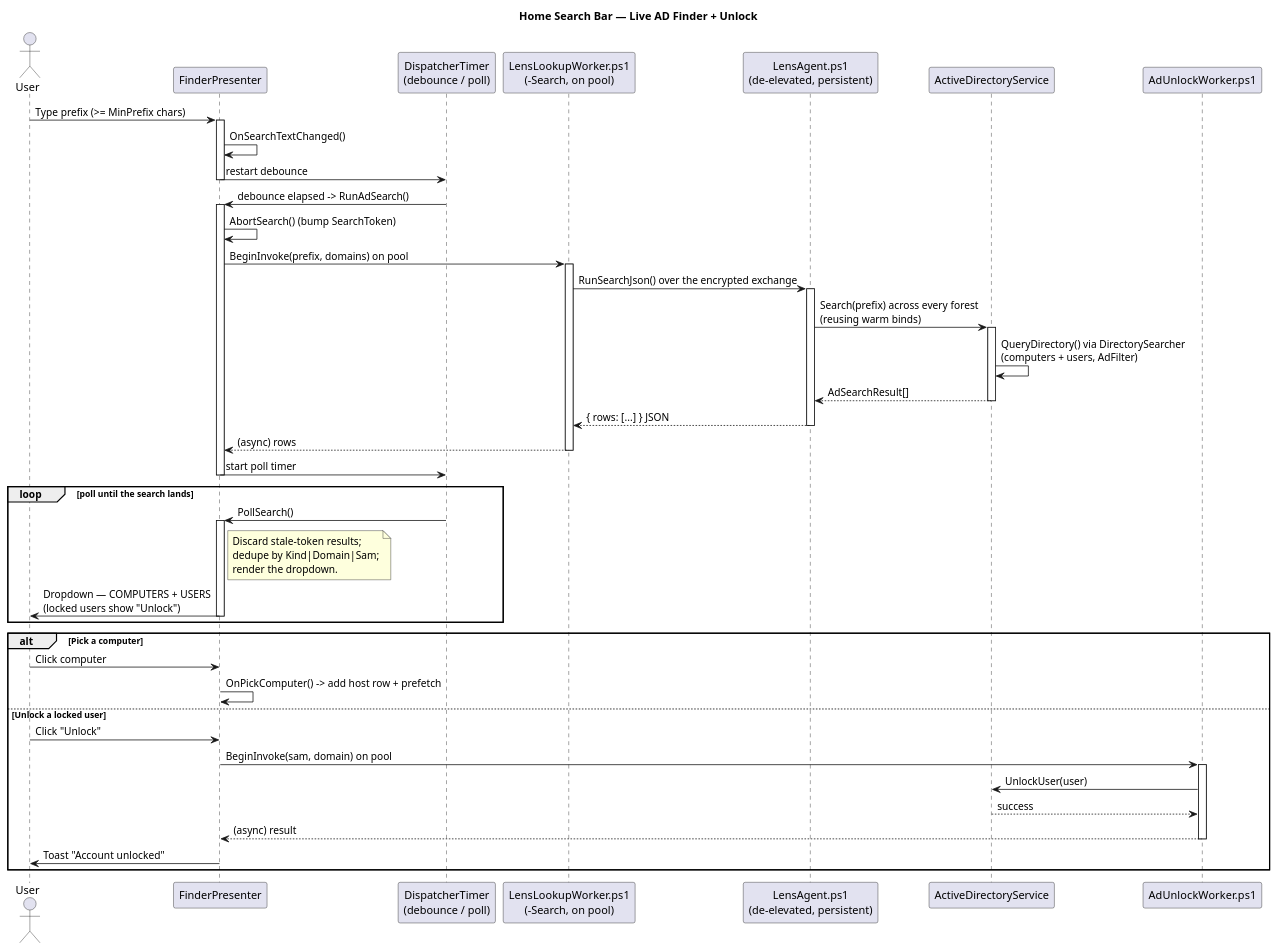
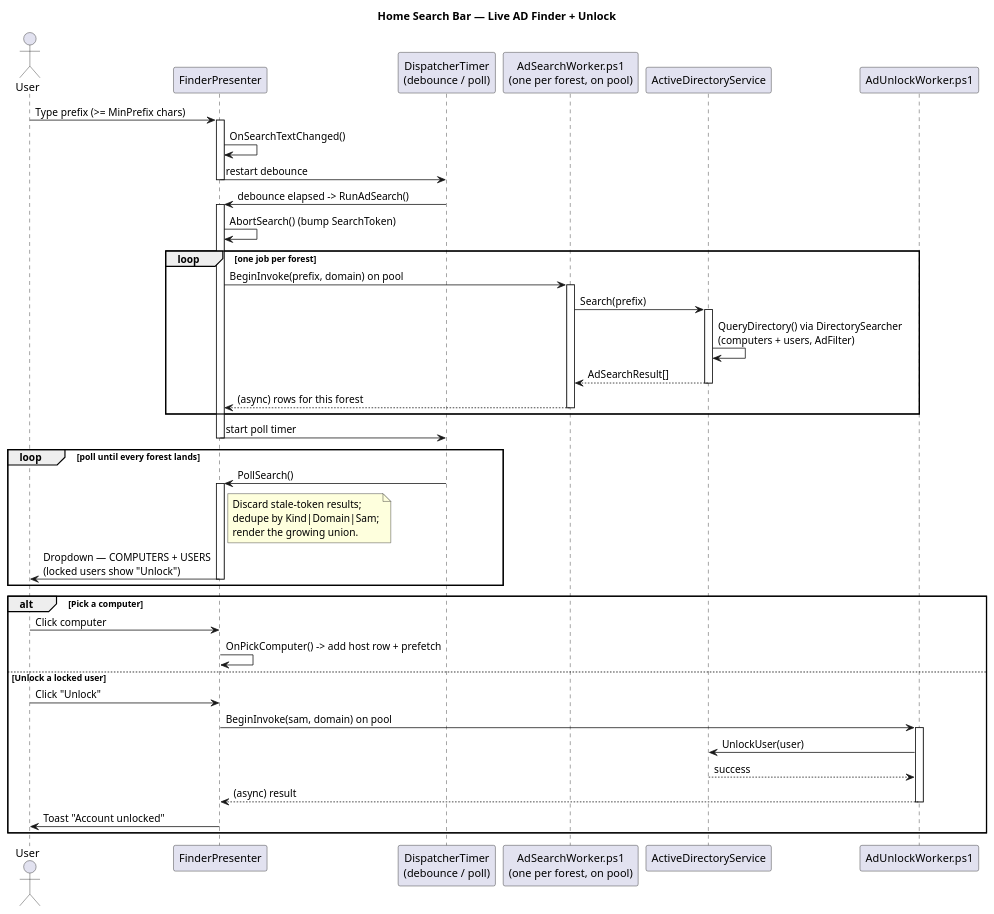
One commit to Danial-Changez/DONUT changed the diagram in docs/diagrams/ad_finder_sequence_diagram.puml. Above: the diagram before and after it, drawn with PlantUML. The commit also changed 13 other files, not shown here.

```diff
--- a/docs/diagrams/ad_finder_sequence_diagram.puml
+++ b/docs/diagrams/ad_finder_sequence_diagram.puml
@@ -1,58 +1,55 @@
 @startuml ad_finder_sequence_diagram
 title Home Search Bar — Live AD Finder + Unlock
 
 actor User
 participant "FinderPresenter" as Presenter
 participant "DispatcherTimer\n(debounce / poll)" as Timer
-participant "LensLookupWorker.ps1\n(-Search, on pool)" as Worker
-participant "LensAgent.ps1\n(de-elevated, persistent)" as Agent
+participant "AdSearchWorker.ps1\n(one per forest, on pool)" as Worker
 participant "ActiveDirectoryService" as AD
 participant "AdUnlockWorker.ps1" as Unlock
 
 User -> Presenter: Type prefix (>= MinPrefix chars)
 activate Presenter
 Presenter -> Presenter: OnSearchTextChanged()
 Presenter -> Timer: restart debounce
 deactivate Presenter
 
 Timer -> Presenter: debounce elapsed -> RunAdSearch()
 activate Presenter
 Presenter -> Presenter: AbortSearch() (bump SearchToken)
-Presenter -> Worker: BeginInvoke(prefix, domains) on pool
-activate Worker
-Worker -> Agent: RunSearchJson() over the encrypted exchange
-activate Agent
-Agent -> AD: Search(prefix) across every forest\n(reusing warm binds)
-activate AD
-AD -> AD: QueryDirectory() via DirectorySearcher\n(computers + users, AdFilter)
-AD --> Agent: AdSearchResult[]
-deactivate AD
-Agent --> Worker: { rows: [...] } JSON
-deactivate Agent
-Worker --> Presenter: (async) rows
-deactivate Worker
+loop one job per forest
+    Presenter -> Worker: BeginInvoke(prefix, domain) on pool
+    activate Worker
+    Worker -> AD: Search(prefix)
+    activate AD
+    AD -> AD: QueryDirectory() via DirectorySearcher\n(computers + users, AdFilter)
+    AD --> Worker: AdSearchResult[]
+    deactivate AD
+    Worker --> Presenter: (async) rows for this forest
+    deactivate Worker
+end
 Presenter -> Timer: start poll timer
 deactivate Presenter
 
-loop poll until the search lands
+loop poll until every forest lands
     Timer -> Presenter: PollSearch()
     activate Presenter
-    note right of Presenter: Discard stale-token results;\ndedupe by Kind|Domain|Sam;\nrender the dropdown.
+    note right of Presenter: Discard stale-token results;\ndedupe by Kind|Domain|Sam;\nrender the growing union.
     Presenter -> User: Dropdown — COMPUTERS + USERS\n(locked users show "Unlock")
     deactivate Presenter
 end
 
 alt Pick a computer
     User -> Presenter: Click computer
     Presenter -> Presenter: OnPickComputer() -> add host row + prefetch
 else Unlock a locked user
     User -> Presenter: Click "Unlock"
     Presenter -> Unlock: BeginInvoke(sam, domain) on pool
     activate Unlock
     Unlock -> AD: UnlockUser(user)
     AD --> Unlock: success
     Unlock --> Presenter: (async) result
     deactivate Unlock
     Presenter -> User: Toast "Account unlocked"
 end
 @enduml
```
